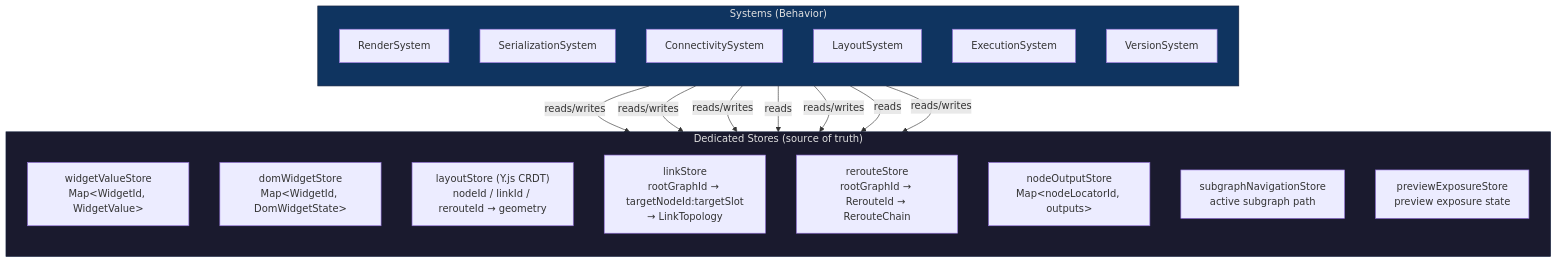
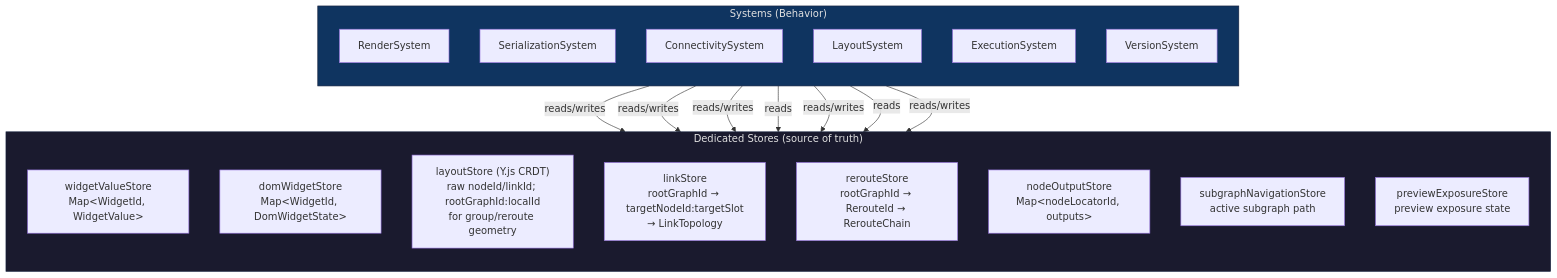
One commit to Comfy-Org/ComfyUI_frontend changed the first of 12 diagrams in docs/architecture/ecs-target-architecture.md. Above: the diagram before and after it, drawn with Mermaid. The commit also changed other lines of this file and 20 other files, not shown here.

Commit message:
fix(layout): scope group and reroute geometry

````diff
--- a/docs/architecture/ecs-target-architecture.md
+++ b/docs/architecture/ecs-target-architecture.md
@@ -12,44 +12,45 @@
 ```mermaid
 graph TD
     subgraph Stores["Dedicated Stores (source of truth)"]
         direction TB
         WidgetValueStore["widgetValueStore
 Map&lt;WidgetId, WidgetValue&gt;"]
         DomWidgetStore["domWidgetStore
 Map&lt;WidgetId, DomWidgetState&gt;"]
         LayoutStore["layoutStore (Y.js CRDT)
-nodeId / linkId / rerouteId → geometry"]
+raw nodeId/linkId; rootGraphId:localId
+for group/reroute geometry"]
         LinkStore["linkStore
 rootGraphId → targetNodeId:targetSlot
 → LinkTopology"]
         RerouteStore["rerouteStore
 rootGraphId → RerouteId → RerouteChain"]
         NodeOutputStore["nodeOutputStore
 Map&lt;nodeLocatorId, outputs&gt;"]
         SubgraphNavStore["subgraphNavigationStore
 active subgraph path"]
         PreviewExposureStore["previewExposureStore
 preview exposure state"]
     end
 
     subgraph Systems["Systems (Behavior)"]
         direction TB
         RS["RenderSystem"]
         SS["SerializationSystem"]
         CS["ConnectivitySystem"]
         LS["LayoutSystem"]
         ES["ExecutionSystem"]
         VS["VersionSystem"]
     end
 
     RS -->|reads| Stores
     SS -->|reads/writes| Stores
     CS -->|reads/writes| LinkStore
     CS -->|reads/writes| RerouteStore
     LS -->|reads/writes| LayoutStore
     ES -->|reads| NodeOutputStore
     VS -->|reads/writes| LayoutStore
 
     style Stores fill:#1a1a2e,stroke:#16213e,color:#e0e0e0
     style Systems fill:#0f3460,stroke:#16213e,color:#e0e0e0
 ```
````
